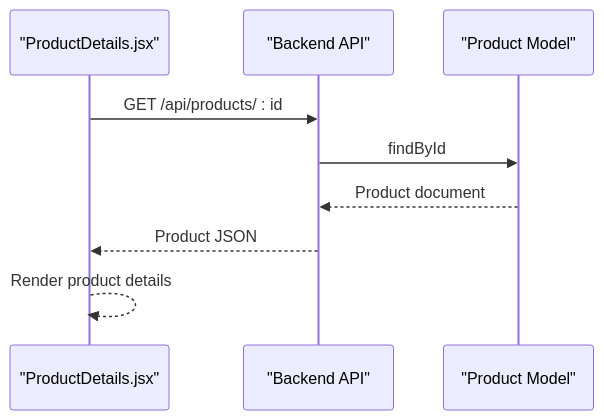
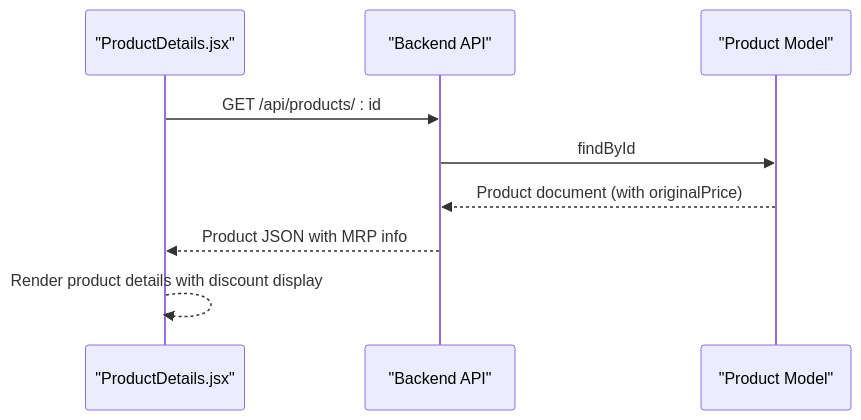
Before and after one commit to Pavan-PSPK9032/TrendsandToss: the seventh of 9 diagrams in .qoder/repowiki/en/content/Database Schemas & Models/Product Model.md, drawn with Mermaid. The commit also changed other lines of this file and 24 other files, not shown here.

````diff
--- a/.qoder/repowiki/en/content/Database Schemas & Models/Product Model.md
+++ b/.qoder/repowiki/en/content/Database Schemas & Models/Product Model.md
@@ -318,11 +355,11 @@
 ```mermaid
 sequenceDiagram
 participant UI as "ProductDetails.jsx"
 participant API as "Backend API"
 participant Model as "Product Model"
 UI->>API : GET /api/products/ : id
 API->>Model : findById
-Model-->>API : Product document
-API-->>UI : Product JSON
-UI-->>UI : Render product details
+Model-->>API : Product document (with originalPrice)
+API-->>UI : Product JSON with MRP info
+UI-->>UI : Render product details with discount display
 ```
````
